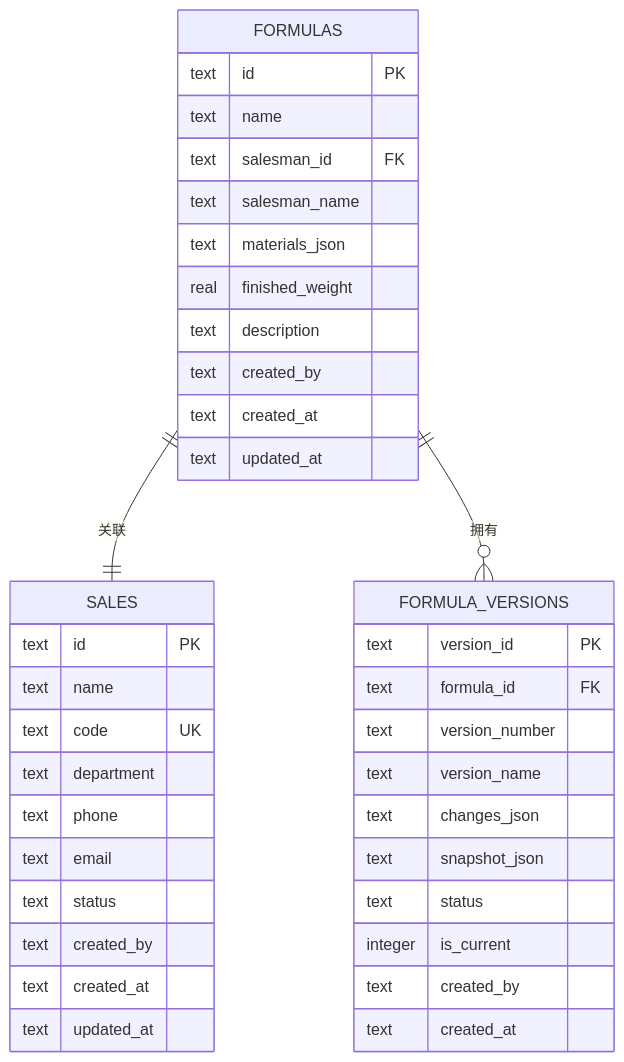
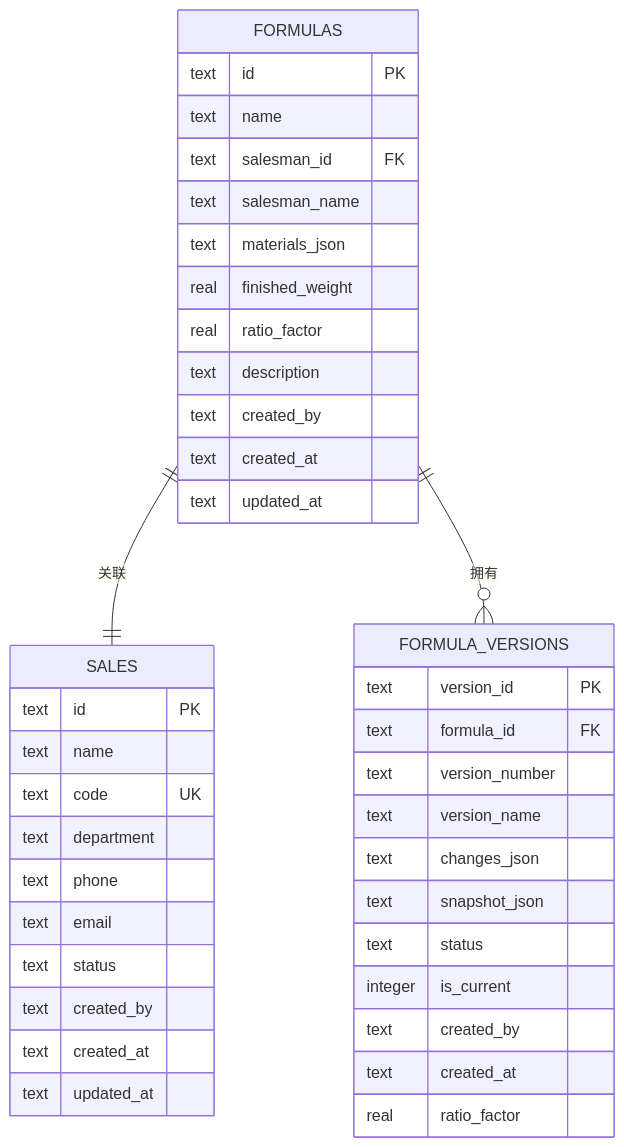
One commit to xpretycn/TingStudio changed the seventh of 8 diagrams in .qoder/repowiki/zh/content/数据库设计/表结构详解/配方表 (formulas).md. Above: the diagram before and after it, drawn with Mermaid. The commit also changed other lines of this file and 26 other files, not shown here.

First line of the commit message:
docs(api): 更新文档支持移除和新增 ratioFactor 参数

````diff
--- a/.qoder/repowiki/zh/content/数据库设计/表结构详解/配方表 (formulas).md
+++ b/.qoder/repowiki/zh/content/数据库设计/表结构详解/配方表 (formulas).md
@@ -263,41 +326,43 @@
 ```mermaid
 erDiagram
 FORMULAS {
 text id PK
 text name
 text salesman_id FK
 text salesman_name
 text materials_json
 real finished_weight
+real ratio_factor
 text description
 text created_by
 text created_at
 text updated_at
 }
 SALES {
 text id PK
 text name
 text code UK
 text department
 text phone
 text email
 text status
 text created_by
 text created_at
 text updated_at
 }
 FORMULA_VERSIONS {
 text version_id PK
 text formula_id FK
 text version_number
 text version_name
 text changes_json
 text snapshot_json
 text status
 integer is_current
 text created_by
 text created_at
+real ratio_factor
 }
 FORMULAS ||--|| SALES : "关联"
 FORMULAS ||--o{ FORMULA_VERSIONS : "拥有"
 ```
````
